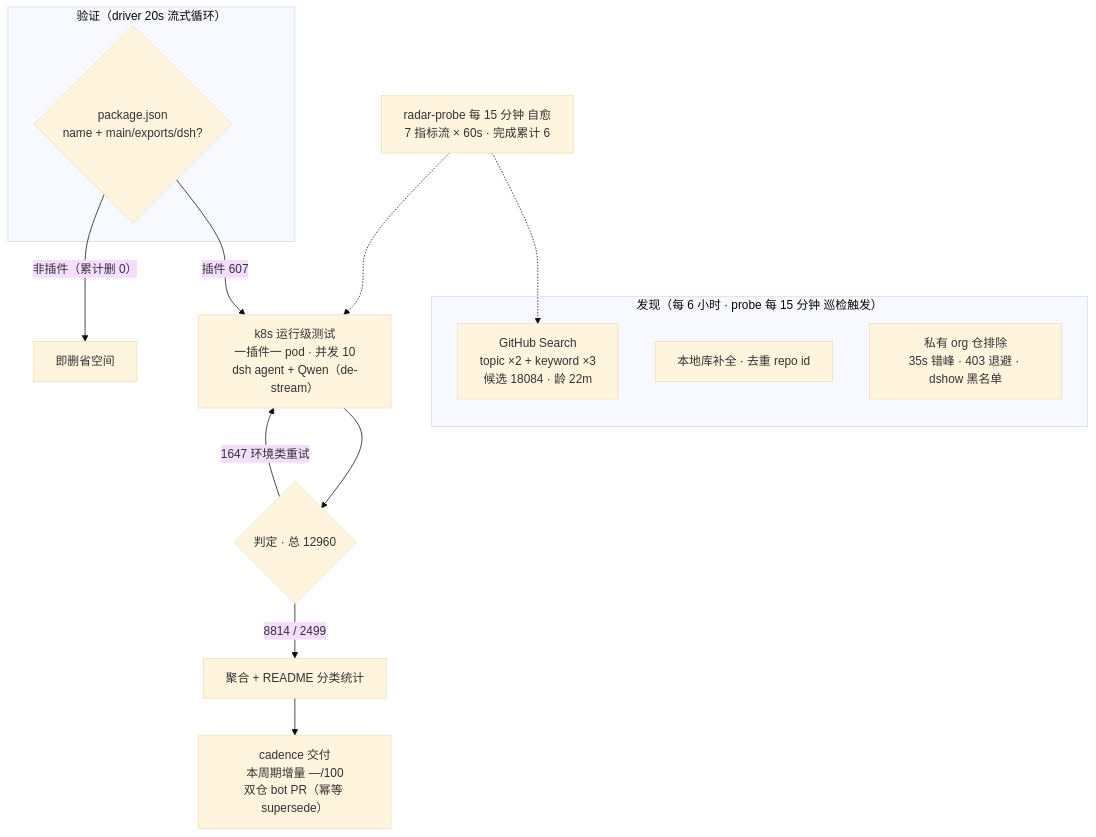
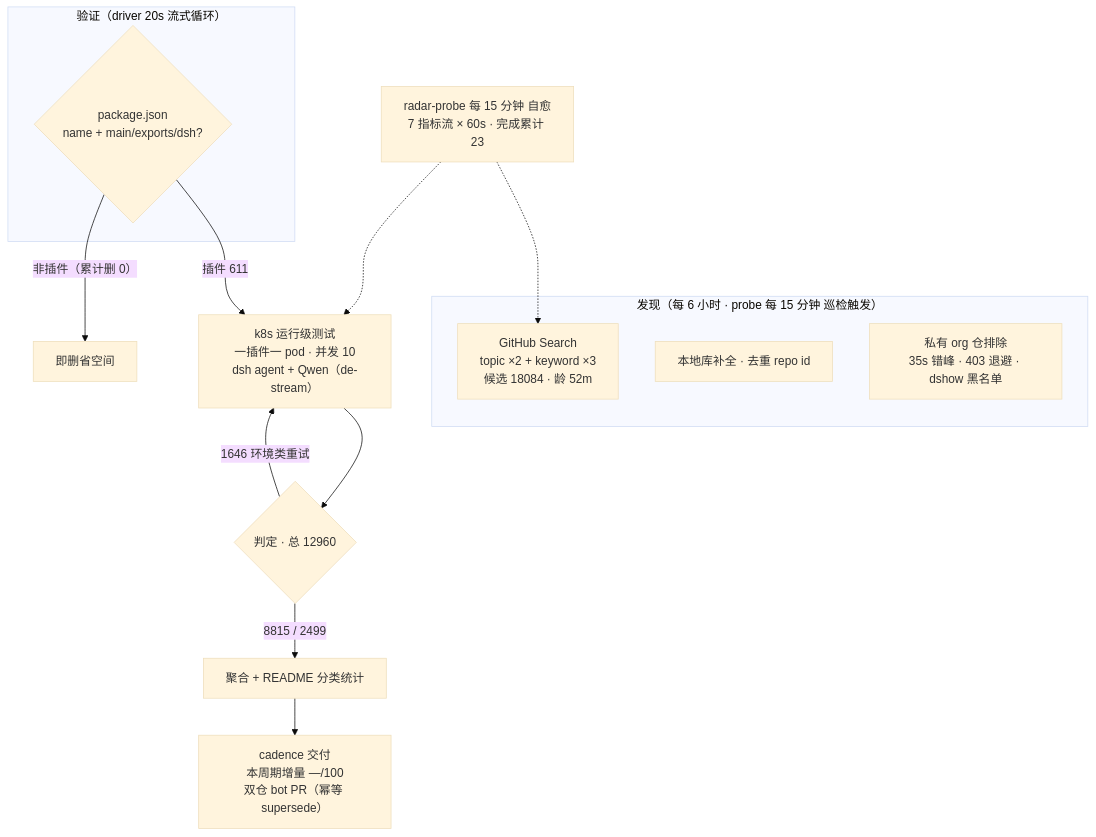
The diagram in README.md (AdamPlatin123/awesome-dsh-plugins), drawn with Mermaid (base theme) before and after one commit. The commit also changed other lines of this file and 5 other files, not shown here.

````diff
--- a/README.md
+++ b/README.md
@@ -52,20 +52,20 @@
 ```mermaid
 flowchart TB
     subgraph Discovery["发现（每 6 小时 · probe 每 15 分钟 巡检触发）"]
-        A1["GitHub Search<br/>topic ×2 + keyword ×3<br/>候选 18084 · 龄 22m"]
+        A1["GitHub Search<br/>topic ×2 + keyword ×3<br/>候选 18084 · 龄 52m"]
         A2["本地库补全 · 去重 repo id"]
         A3["私有 org 仓排除<br/>35s 错峰 · 403 退避 · dshow 黑名单"]
     end
     subgraph Validation["验证（driver 20s 流式循环）"]
         B1{"package.json<br/>name + main/exports/dsh?"}
     end
-    B1 -->|"插件 607"| C1["k8s 运行级测试<br/>一插件一 pod · 并发 10<br/>dsh agent + Qwen（de-stream）"]
+    B1 -->|"插件 611"| C1["k8s 运行级测试<br/>一插件一 pod · 并发 10<br/>dsh agent + Qwen（de-stream）"]
     B1 -->|"非插件（累计删 0）"| B3["即删省空间"]
     C1 --> D1{"判定 · 总 12960"}
-    D1 -->|"8814 / 2499"| E1["聚合 + README 分类统计"]
-    D1 -->|"1647 环境类重试"| C1
+    D1 -->|"8815 / 2499"| E1["聚合 + README 分类统计"]
+    D1 -->|"1646 环境类重试"| C1
     E1 --> E2["cadence 交付<br/>本周期增量 —/100<br/>双仓 bot PR（幂等 supersede）"]
-    M["radar-probe 每 15 分钟 自愈<br/>7 指标流 × 60s · 完成累计 6"]
+    M["radar-probe 每 15 分钟 自愈<br/>7 指标流 × 60s · 完成累计 23"]
     M -.-> A1
     M -.-> C1
 ```
````
